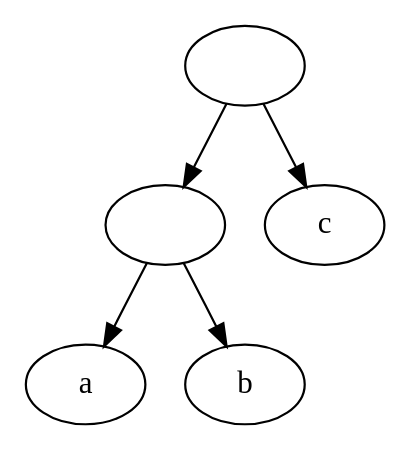
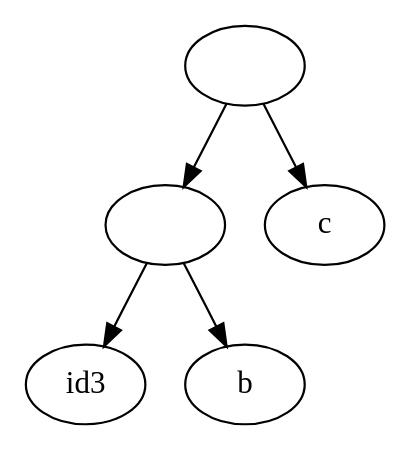
The diagram in ParsingTxt/ParentheticalToDot/converted.dot (iharnoor/PhylogeneticsWebsite), drawn with Graphviz before and after one commit. The commit also changed 13 other files, not shown here.

```diff
--- a/ParsingTxt/ParentheticalToDot/converted.dot
+++ b/ParsingTxt/ParentheticalToDot/converted.dot
@@ -1,11 +1,11 @@
 digraph G {
 id5[label=""];
 id3[label=""];
-id1[label="a"];
+id1[label="id3"];
 id3 ->  id1
 id2[label="b"];
 id3 ->  id2
 id5 ->  id3
 id4[label="c"];
 id5 ->  id4
 }
```
